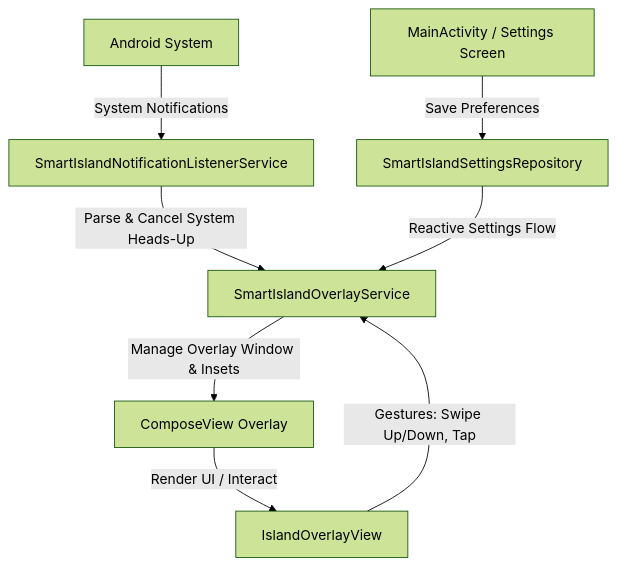
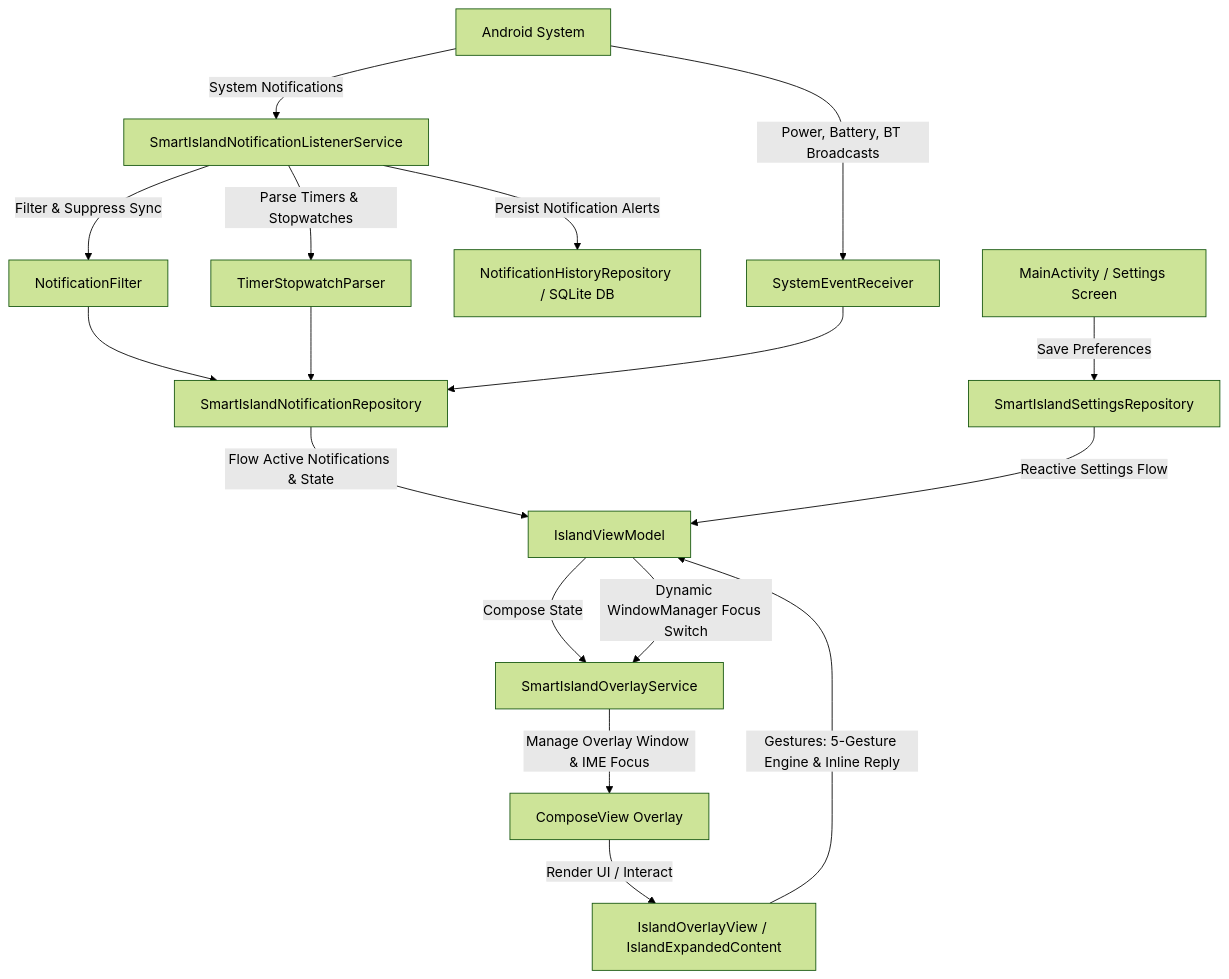
Before and after one commit to agupta07505/SmartIsland: the diagram in analysis.md, drawn with Mermaid (forest theme). The commit also changed other lines of this file and 6 other files, not shown here.

Commit message:
docs: update README, CHANGELOG, ROADMAP, and architecture analysis for v5.1.0 release

````diff
--- a/analysis.md
+++ b/analysis.md
@@ -11,10 +11,19 @@
 ```mermaid
 graph TD
     A[Android System] -->|System Notifications| B[SmartIslandNotificationListenerService]
-    B -->|Parse & Cancel System Heads-Up| C[SmartIslandOverlayService]
-    C -->|Manage Overlay Window & Insets| D[ComposeView Overlay]
-    D -->|Render UI / Interact| E[IslandOverlayView]
-    E -->|Gestures: Swipe Up/Down, Tap| C
+    A -->|Power, Battery, BT Broadcasts| SER[SystemEventReceiver]
+    B -->|Filter & Suppress Sync| NF[NotificationFilter]
+    B -->|Parse Timers & Stopwatches| TSP[TimerStopwatchParser]
+    B -->|Persist Notification Alerts| NHD[NotificationHistoryRepository / SQLite DB]
+    NF --> NR[SmartIslandNotificationRepository]
+    TSP --> NR
+    SER --> NR
     F[MainActivity / Settings Screen] -->|Save Preferences| G[SmartIslandSettingsRepository]
-    G -->|Reactive Settings Flow| C
+    NR -->|Flow Active Notifications & State| VM[IslandViewModel]
+    G -->|Reactive Settings Flow| VM
+    VM -->|Compose State| C[SmartIslandOverlayService]
+    C -->|Manage Overlay Window & IME Focus| D[ComposeView Overlay]
+    D -->|Render UI / Interact| E[IslandOverlayView / IslandExpandedContent]
+    E -->|Gestures: 5-Gesture Engine & Inline Reply| VM
+    VM -->|Dynamic WindowManager Focus Switch| C
 ```
````
